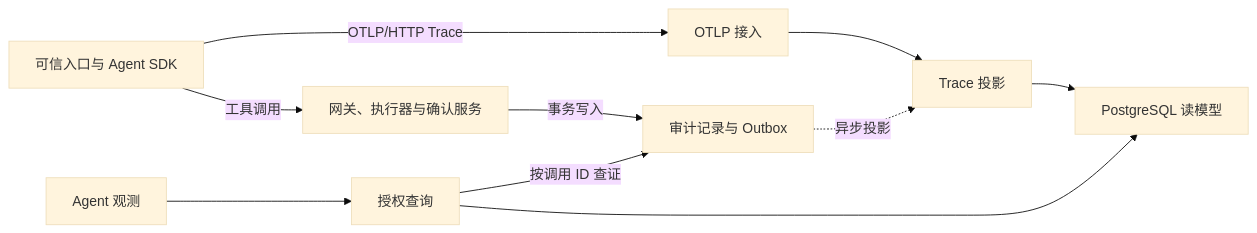
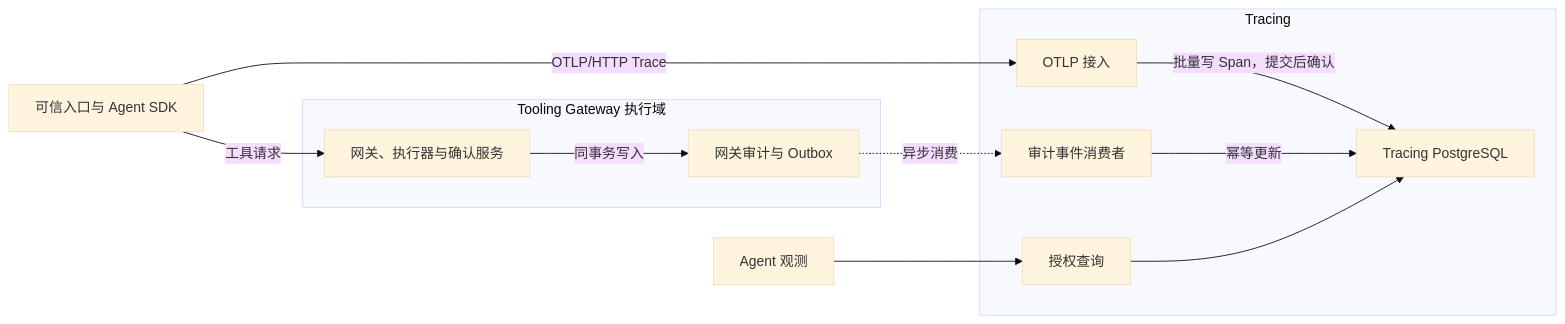
One commit to zhaochy1990/dubhe changed the diagram in docs/architecture/tracing-architecture.md. Above: the diagram before and after it, drawn with Mermaid (base theme). The commit also changed other lines of this file and 3 other files, not shown here.

Commit message:
Define V1 Tracing persistence and gateway isolation

````diff
--- a/docs/architecture/tracing-architecture.md
+++ b/docs/architecture/tracing-architecture.md
@@ -35,12 +36,15 @@
 ```mermaid
 flowchart LR
-  Agent["可信入口与 Agent SDK"] -->|OTLP/HTTP Trace| Ingest["OTLP 接入"]
-  Agent -->|工具调用| Gateway["网关、执行器与确认服务"]
-  Gateway -->|事务写入| Audit["审计记录与 Outbox"]
-  Ingest --> Projection["Trace 投影"]
-  Audit -.->|异步投影| Projection
-  Projection --> Store["PostgreSQL 读模型"]
-  Console["Agent 观测"] --> Query["授权查询"]
-  Query --> Store
-  Query -->|按调用 ID 查证| Audit
+  Agent["可信入口与 Agent SDK"] -->|OTLP/HTTP Trace| Ingest
+  Agent -->|工具请求| Gateway
+  subgraph Tooling["Tooling Gateway 执行域"]
+    Gateway["网关、执行器与确认服务"] -->|同事务写入| Audit["网关审计与 Outbox"]
+  end
+  subgraph Tracing["Tracing"]
+    Ingest["OTLP 接入"] -->|批量写 Span，提交后确认| Store["Tracing PostgreSQL"]
+    Consumer["审计事件消费者"] -->|幂等更新| Store
+    Query["授权查询"] --> Store
+  end
+  Audit -.->|异步消费| Consumer
+  Console["Agent 观测"] --> Query
 ```
````
